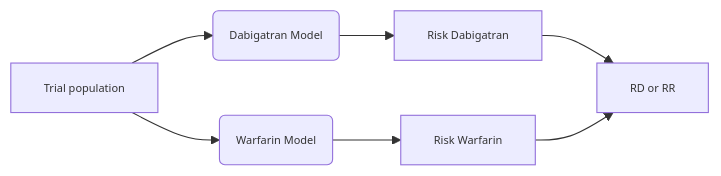
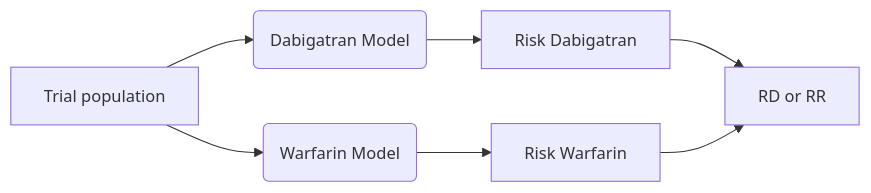
One commit to IgnaLeiva/Transportability changed the second of 2 diagrams in present.qmd. Above: the diagram before and after it, drawn with Mermaid. The commit also changed other lines of this file and 2 other files, not shown here.

Commit message:
“Commit”

````diff
--- a/present.qmd
+++ b/present.qmd
@@ -430,12 +434,12 @@
 ```{mermaid}
-%%| fig-width: 10
-%%{init: {'themeVariables': { 'primaryColor': '#ff0000',"fontSize": "10px"}}}%%
+%%| fig-width: 15
+%%{init: {'themeVariables': { 'primaryColor': '#ff0000',"fontSize": "15px"}}}%%
         graph LR
-          A[Target population] --> B(Warfarin Model)
-          A[Trial population] --> C(Dabigatran Model)
-          C --> D[Risk Dabigatran]
-          B --> E[Risk Warfarin]
-          D --> F[RD or RR]
-          E --> F
+          A["Target population #32;" <br><br>.] --> B("Warfarin Model #32;")
+          A["Trial population #32;"] --> C("Dabigatran Model #32;")
+          C --> D["Risk Dabigatran #32;"]
+          B --> E["Risk Warfarin #32;"]
+          D --> F["RD or RR #32;"]
+          E --> F["RD or RR #32;"]
 
 ```
````
